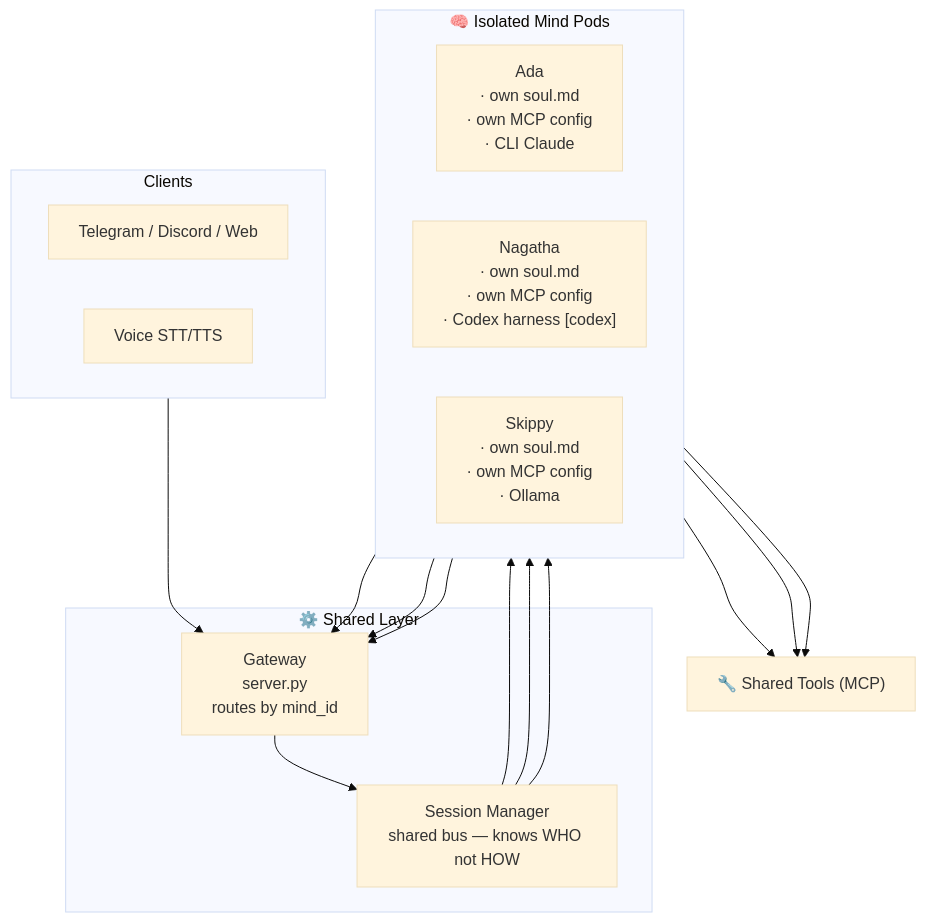
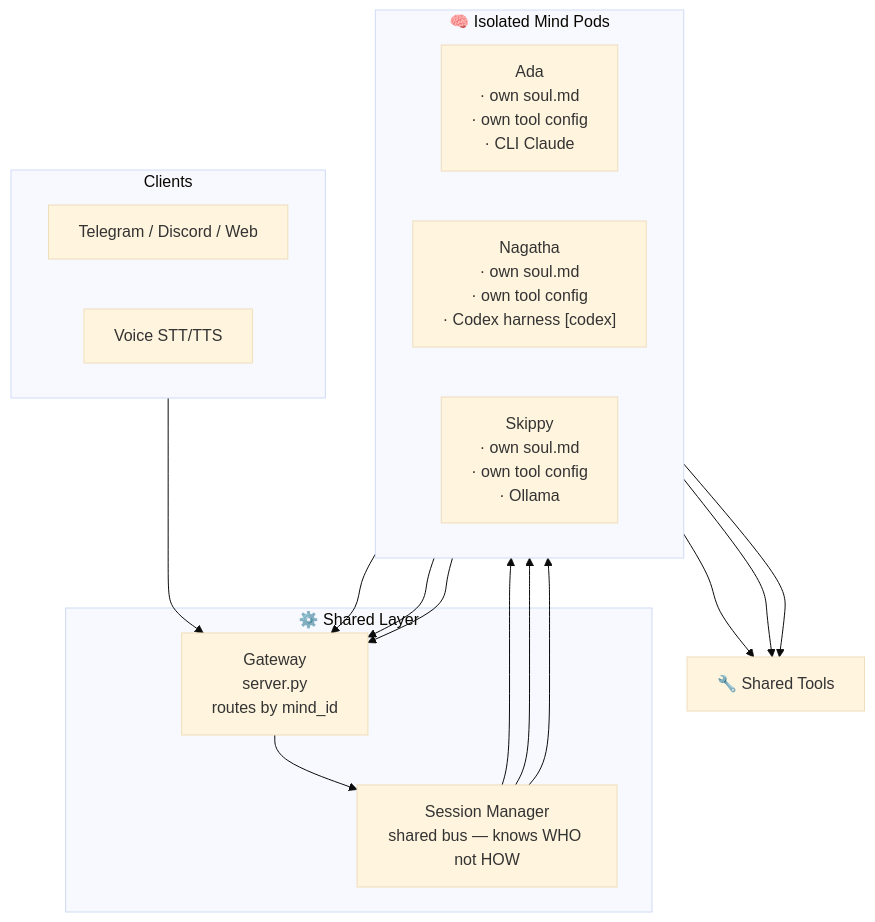
One commit to danielstewart77/hive_mind changed the diagram in docs/multi-mind.md. Above: the diagram before and after it, drawn with Mermaid (base theme). The commit also changed other lines of this file and 26 other files, not shown here.

````diff
--- a/docs/multi-mind.md
+++ b/docs/multi-mind.md
@@ -61,27 +61,27 @@
 ```mermaid
 graph TD
     subgraph Clients ["Clients"]
         TG["Telegram / Discord / Web"]
         VOICE["Voice STT/TTS"]
     end
 
     subgraph Shared ["⚙️ Shared Layer"]
         GW["Gateway\nserver.py\nroutes by mind_id"]
         SM["Session Manager\nshared bus — knows WHO not HOW"]
     end
 
     subgraph Pods ["🧠 Isolated Mind Pods"]
         direction LR
-        ADA["Ada\n· own soul.md\n· own MCP config\n· CLI Claude"]
-        NAG["Nagatha\n· own soul.md\n· own MCP config\n· Codex harness [codex]"]
-        SKIP["Skippy\n· own soul.md\n· own MCP config\n· Ollama"]
+        ADA["Ada\n· own soul.md\n· own tool config\n· CLI Claude"]
+        NAG["Nagatha\n· own soul.md\n· own tool config\n· Codex harness [codex]"]
+        SKIP["Skippy\n· own soul.md\n· own tool config\n· Ollama"]
     end
 
-    TOOLS["🔧 Shared Tools (MCP)"]
+    TOOLS["🔧 Shared Tools"]
 
     Clients --> GW
     GW --> SM
     SM --> ADA & NAG & SKIP
     ADA & NAG & SKIP --> TOOLS
     ADA & NAG & SKIP --> GW
 ```
````
